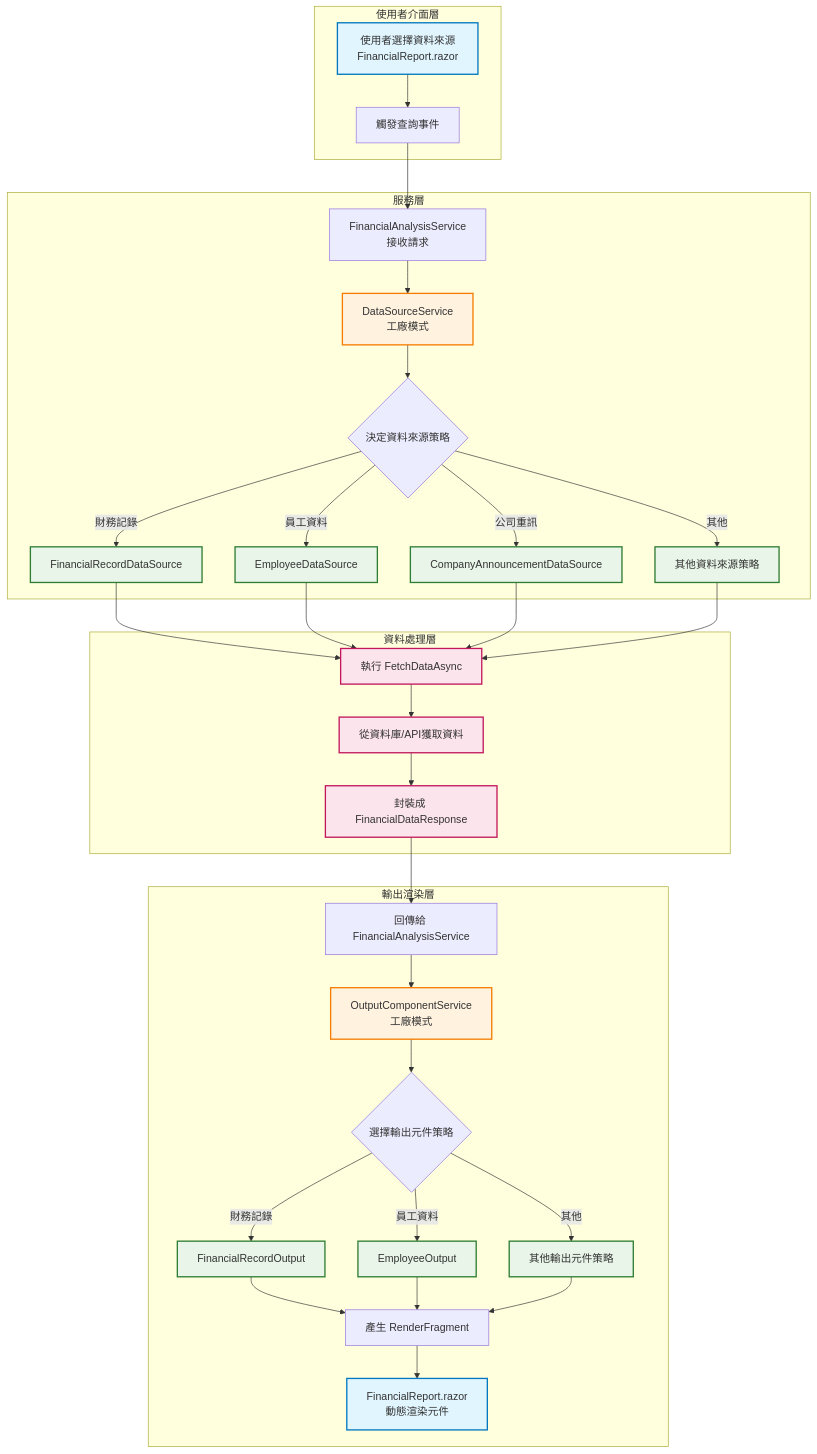
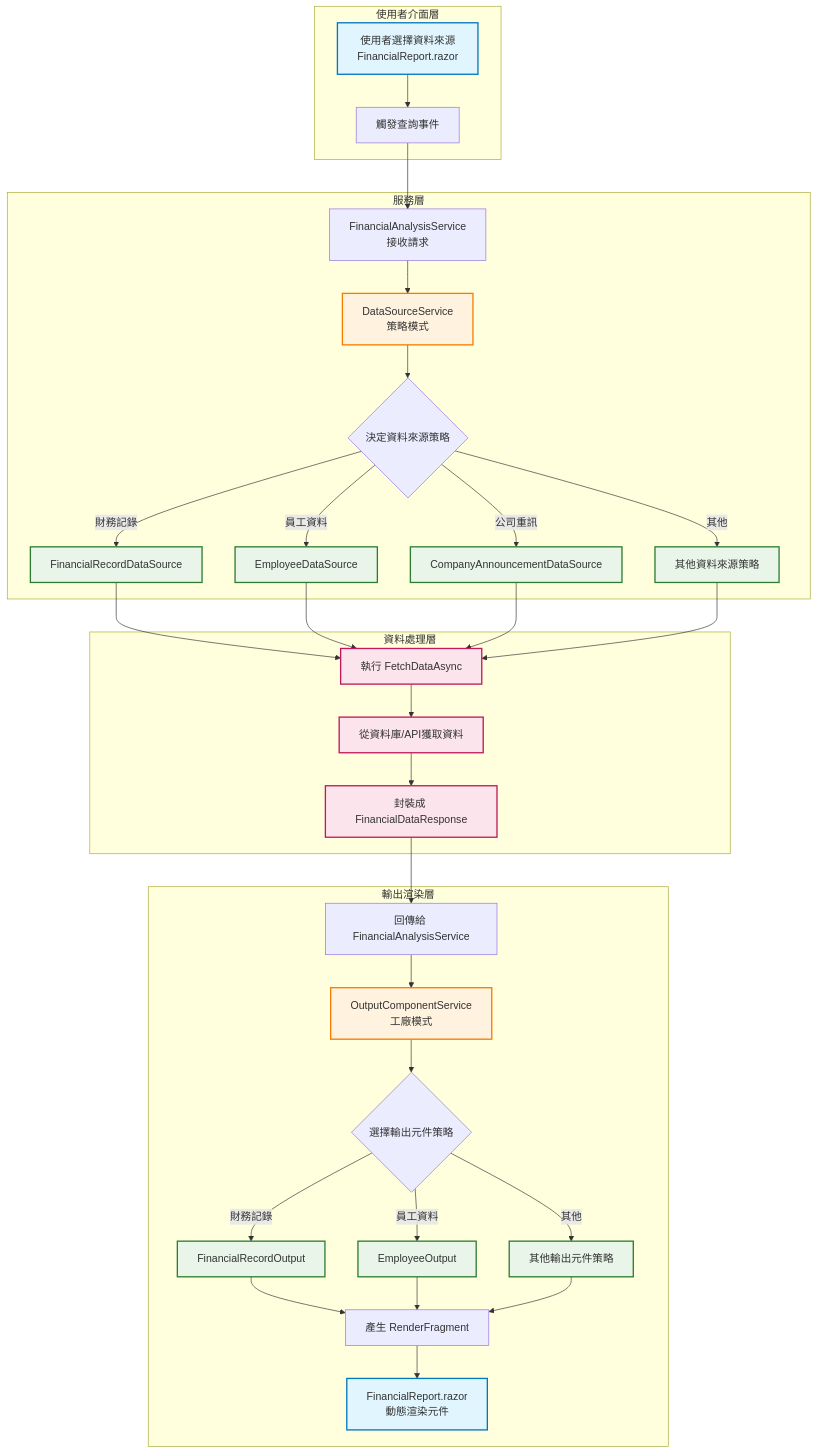
The diagram in README.md (FelixChen1224/blazor-strategy-and-factory), drawn with Mermaid before and after one commit.

````diff
--- a/README.md
+++ b/README.md
@@ -21,48 +21,48 @@
 ```mermaid
 graph TD
     subgraph UI["使用者介面層"]
         A["使用者選擇資料來源<br/>FinancialReport.razor"] --> B["觸發查詢事件"]
     end
   
     subgraph Service["服務層"]
         B --> C["FinancialAnalysisService<br/>接收請求"]
-        C --> D["DataSourceService<br/>工廠模式"]
+        C --> D["DataSourceService<br/>策略模式"]
         D --> E{"決定資料來源策略"}
         E -->|財務記錄| F1["FinancialRecordDataSource"]
         E -->|員工資料| F2["EmployeeDataSource"]
         E -->|公司重訊| F3["CompanyAnnouncementDataSource"]
         E -->|其他| Fn["其他資料來源策略"]
     end
   
     subgraph Data["資料處理層"]
         F1 --> G["執行 FetchDataAsync"]
         F2 --> G
         F3 --> G
         Fn --> G
         G --> H["從資料庫/API獲取資料"]
         H --> I["封裝成 FinancialDataResponse"]
     end
   
     subgraph Output["輸出渲染層"]
         I --> J["回傳給 FinancialAnalysisService"]
         J --> K["OutputComponentService<br/>工廠模式"]
         K --> L{"選擇輸出元件策略"}
         L -->|財務記錄| M1["FinancialRecordOutput"]
         L -->|員工資料| M2["EmployeeOutput"]
         L -->|其他| Mn["其他輸出元件策略"]
         M1 --> N["產生 RenderFragment"]
         M2 --> N
         Mn --> N
         N --> O["FinancialReport.razor<br/>動態渲染元件"]
     end
   
     classDef uiClass fill:#e1f5fe,stroke:#0277bd,stroke-width:2px
     classDef factoryClass fill:#fff3e0,stroke:#f57c00,stroke-width:2px
     classDef strategyClass fill:#e8f5e8,stroke:#2e7d32,stroke-width:2px
     classDef dataClass fill:#fce4ec,stroke:#c2185b,stroke-width:2px
   
     class A,O uiClass
     class D,K factoryClass
     class F1,F2,F3,Fn,M1,M2,Mn strategyClass
     class G,H,I dataClass
 ```
````
